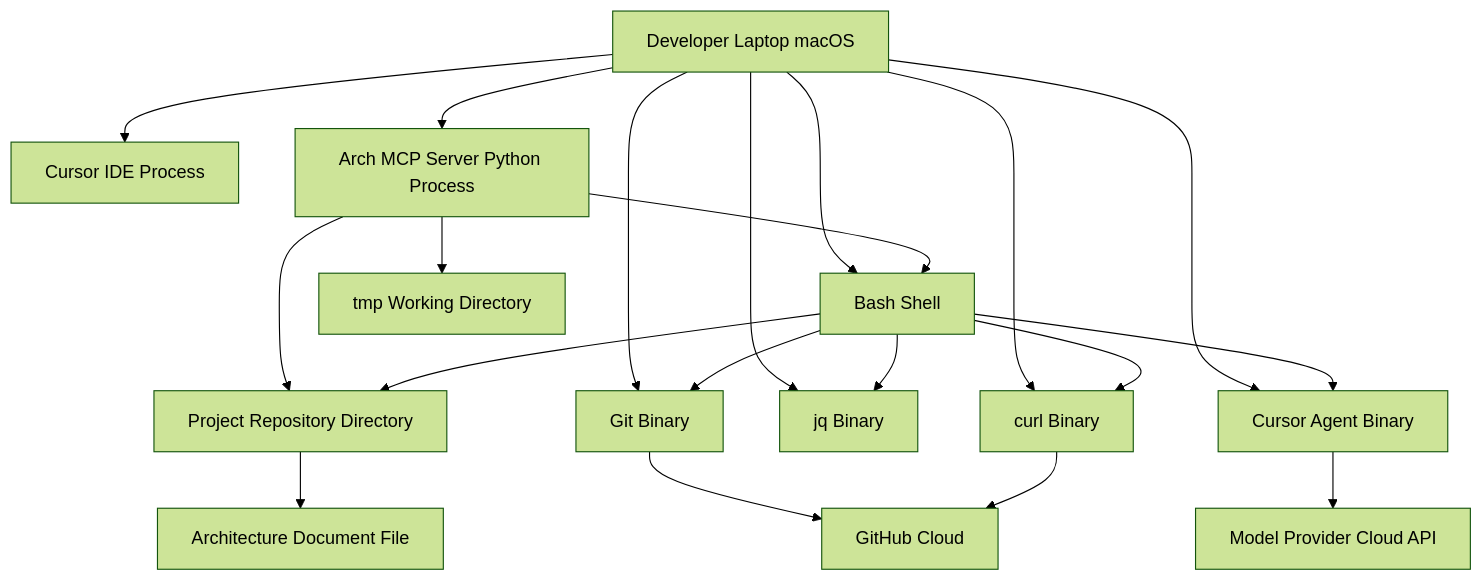
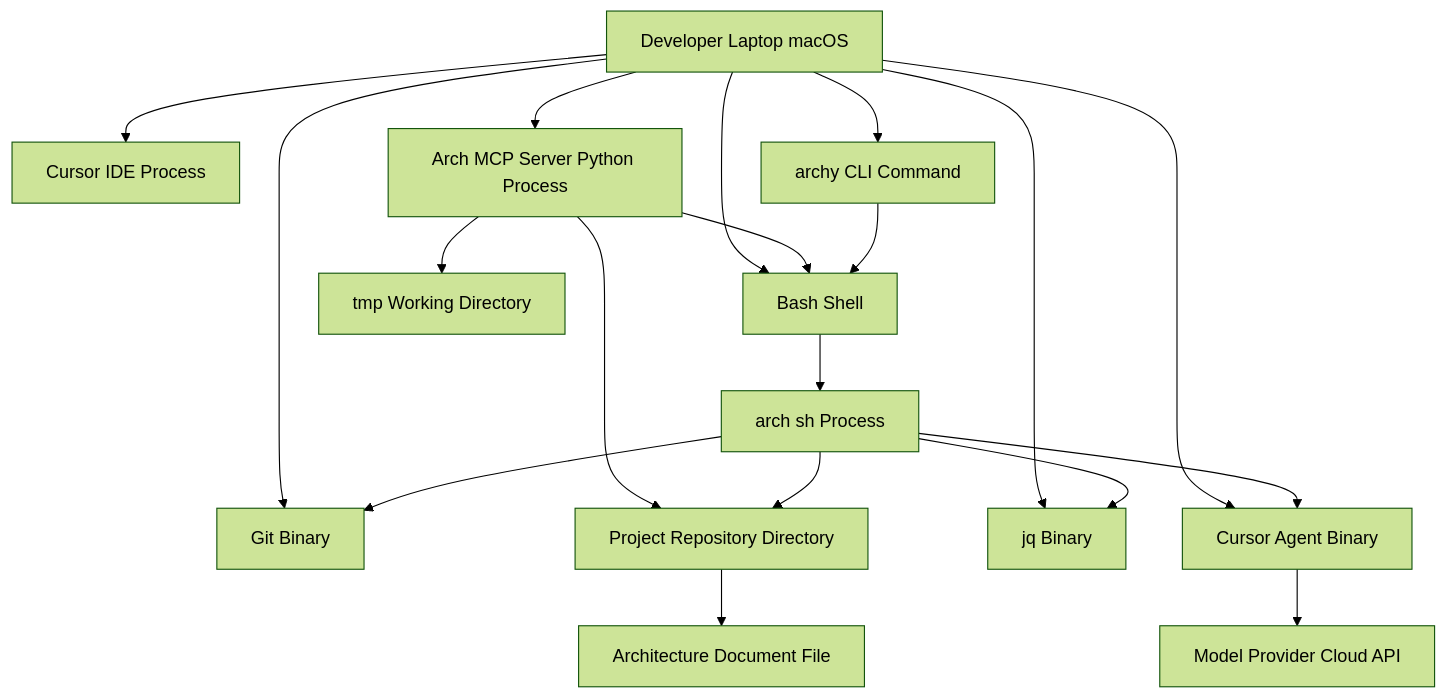
One commit to obzenner/archy changed the third of 3 diagrams in arch.md. Above: the diagram before and after it, drawn with Mermaid (forest theme). The commit also changed other lines of this file and 4 other files, not shown here.

````diff
--- a/arch.md
+++ b/arch.md
@@ -136,36 +150,35 @@
 ```mermaid
 flowchart TB
     Dev_Machine[Developer Laptop macOS]
     Cursor_IDE_Process[Cursor IDE Process]
     MCP_Server_Process[Arch MCP Server Python Process]
+    Archy_Command[archy CLI Command]
+    Arch_Orchestrator_Process[arch sh Process]
     Git_Binary[Git Binary]
     Cursor_Agent_Binary[Cursor Agent Binary]
     jq_Binary[jq Binary]
-    Curl_Binary[curl Binary]
     Bash_Shell[Bash Shell]
     Repo_Directory[Project Repository Directory]
     Tmp_Directory[tmp Working Directory]
     Arch_File[Architecture Document File]
     Cloud_Model_API[Model Provider Cloud API]
-    GitHub_Cloud[GitHub Cloud]
 
     Dev_Machine --> Cursor_IDE_Process
     Dev_Machine --> MCP_Server_Process
+    Dev_Machine --> Archy_Command
     Dev_Machine --> Git_Binary
     Dev_Machine --> Cursor_Agent_Binary
     Dev_Machine --> jq_Binary
-    Dev_Machine --> Curl_Binary
     Dev_Machine --> Bash_Shell
     MCP_Server_Process --> Repo_Directory
     MCP_Server_Process --> Tmp_Directory
     MCP_Server_Process --> Bash_Shell
-    Bash_Shell --> Git_Binary
-    Bash_Shell --> Cursor_Agent_Binary
-    Bash_Shell --> jq_Binary
-    Bash_Shell --> Curl_Binary
-    Bash_Shell --> Repo_Directory
+    Archy_Command --> Bash_Shell
+    Bash_Shell --> Arch_Orchestrator_Process
+    Arch_Orchestrator_Process --> Git_Binary
+    Arch_Orchestrator_Process --> Cursor_Agent_Binary
+    Arch_Orchestrator_Process --> jq_Binary
+    Arch_Orchestrator_Process --> Repo_Directory
     Repo_Directory --> Arch_File
     Cursor_Agent_Binary --> Cloud_Model_API
-    Git_Binary --> GitHub_Cloud
-    Curl_Binary --> GitHub_Cloud
 ```
````
